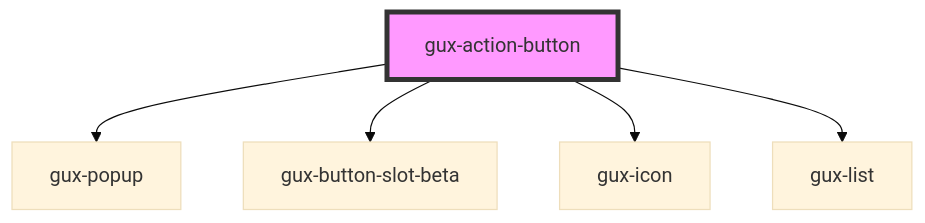
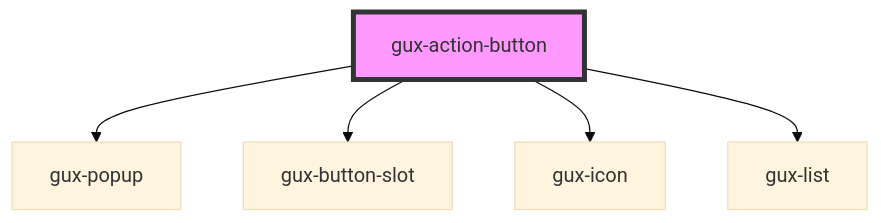
One commit to MyPureCloud/genesys-spark changed the diagram in packages/genesys-spark-components/src/components/stable/gux-action-button/readme.md. Above: the diagram before and after it, drawn with Mermaid (base theme). The commit also changed other lines of this file and 73 other files, not shown here.

First line of the commit message:
refactor(gux-button-slot): move to stable

````diff
--- a/packages/genesys-spark-components/src/components/stable/gux-action-button/readme.md
+++ b/packages/genesys-spark-components/src/components/stable/gux-action-button/readme.md
@@ -48,8 +48,8 @@
 ```mermaid
 graph TD;
   gux-action-button --> gux-popup
-  gux-action-button --> gux-button-slot-beta
+  gux-action-button --> gux-button-slot
   gux-action-button --> gux-icon
   gux-action-button --> gux-list
   style gux-action-button fill:#f9f,stroke:#333,stroke-width:4px
 ```
````
